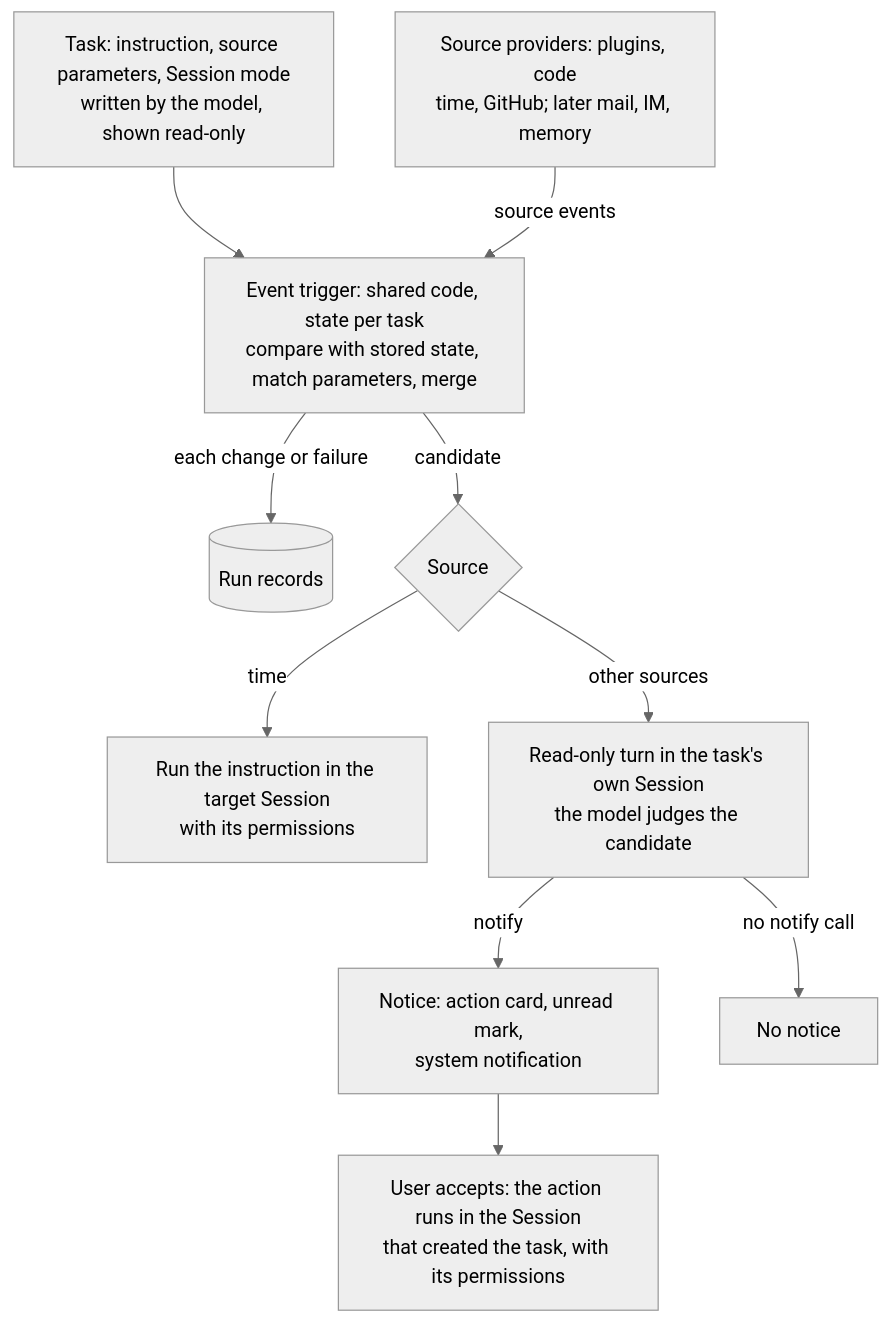
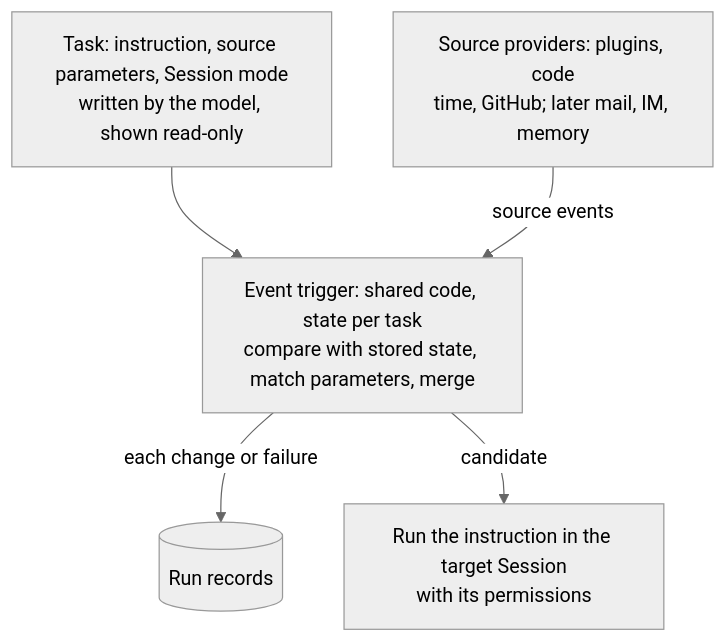
Before and after one commit to deepseek-ai/deepseek-harness: the diagram in .agents/notes/proposed/feature/2026-10-29-event-triggered-automation-tasks.md, drawn with Mermaid (neutral theme). The commit also changed other lines of this file and 2 other files, not shown here.

First line of the commit message:
docs(automation): deliver every event candidate as a normal turn

````diff
--- a/.agents/notes/proposed/feature/2026-10-29-event-triggered-automation-tasks.md
+++ b/.agents/notes/proposed/feature/2026-10-29-event-triggered-automation-tasks.md
@@ -20,22 +20,12 @@
 ```mermaid
 flowchart TD
   Task["Task: instruction, source parameters, Session mode<br/>written by the model, shown read-only"]
   Prov["Source providers: plugins, code<br/>time, GitHub; later mail, IM, memory"]
   Trig["Event trigger: shared code, state per task<br/>compare with stored state, match parameters, merge"]
   Rec[("Run records")]
-  Src{"Source"}
   Exec["Run the instruction in the target Session<br/>with its permissions"]
-  RO["Read-only turn in the task's own Session<br/>the model judges the candidate"]
-  Note["Notice: action card, unread mark,<br/>system notification"]
-  Quiet["No notice"]
-  Acc["User accepts: the action runs in the Session<br/>that created the task, with its permissions"]
   Task --> Trig
   Prov -- "source events" --> Trig
   Trig -- "each change or failure" --> Rec
-  Trig -- candidate --> Src
-  Src -- time --> Exec
-  Src -- "other sources" --> RO
-  RO -- notify --> Note
-  RO -- "no notify call" --> Quiet
-  Note --> Acc
+  Trig -- candidate --> Exec
 ```
````
